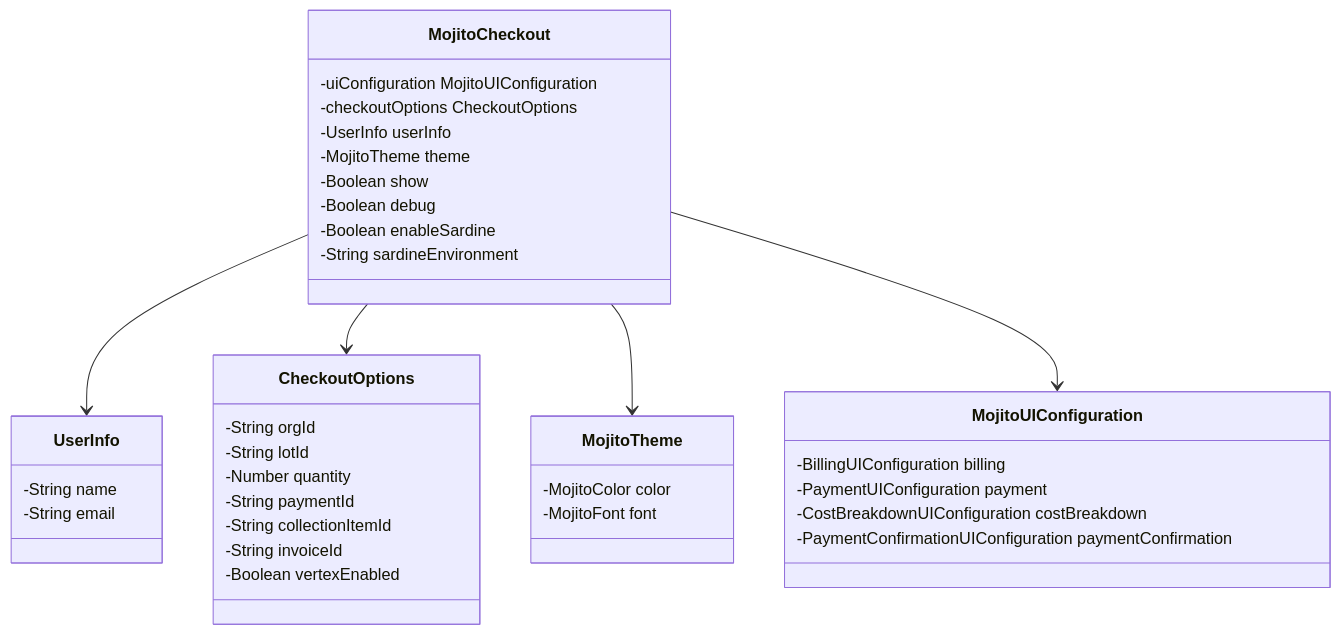
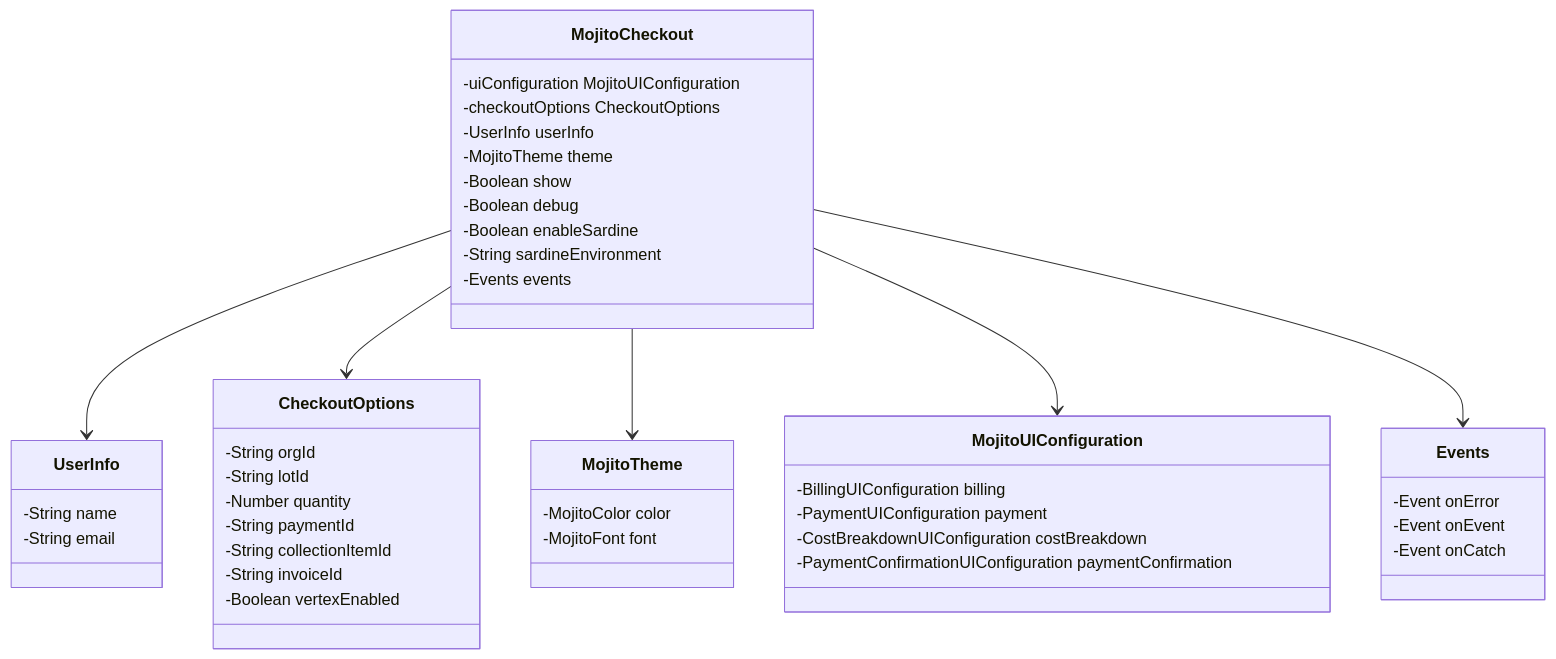
Before and after one commit to mojitoinc/mojito-mixer-v2: the diagram in architecture/architecture-class.mmd, drawn with Mermaid. The commit also changed 26 other files, not shown here.

```diff
--- a/architecture/architecture-class.mmd
+++ b/architecture/architecture-class.mmd
@@ -1,40 +1,47 @@
 classDiagram
 MojitoCheckout --> UserInfo
 MojitoCheckout --> CheckoutOptions
 MojitoCheckout --> MojitoTheme
 MojitoCheckout --> MojitoUIConfiguration 
+MojitoCheckout --> Events 
 
 
 class MojitoCheckout{
     -uiConfiguration MojitoUIConfiguration
     -checkoutOptions CheckoutOptions
     -UserInfo userInfo
     -MojitoTheme theme
     -Boolean show
     -Boolean debug
     -Boolean enableSardine
     -String sardineEnvironment
+    -Events events
 }
 class UserInfo {
     -String name
     -String email
 }
 class MojitoUIConfiguration {
     -BillingUIConfiguration billing
     -PaymentUIConfiguration payment
     -CostBreakdownUIConfiguration costBreakdown
     -PaymentConfirmationUIConfiguration paymentConfirmation
 }
 class MojitoTheme {
     -MojitoColor color
     -MojitoFont font
 }
 class CheckoutOptions {
   -String orgId
   -String lotId
   -Number quantity
   -String paymentId
   -String collectionItemId
   -String invoiceId
   -Boolean vertexEnabled
 }
+class Events {
+    -Event onError
+    -Event onEvent
+    -Event onCatch
+}
```
